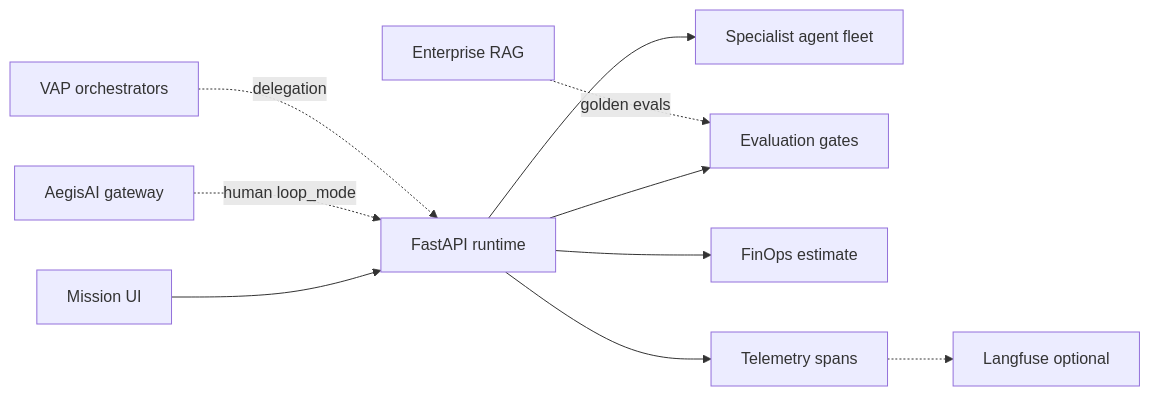
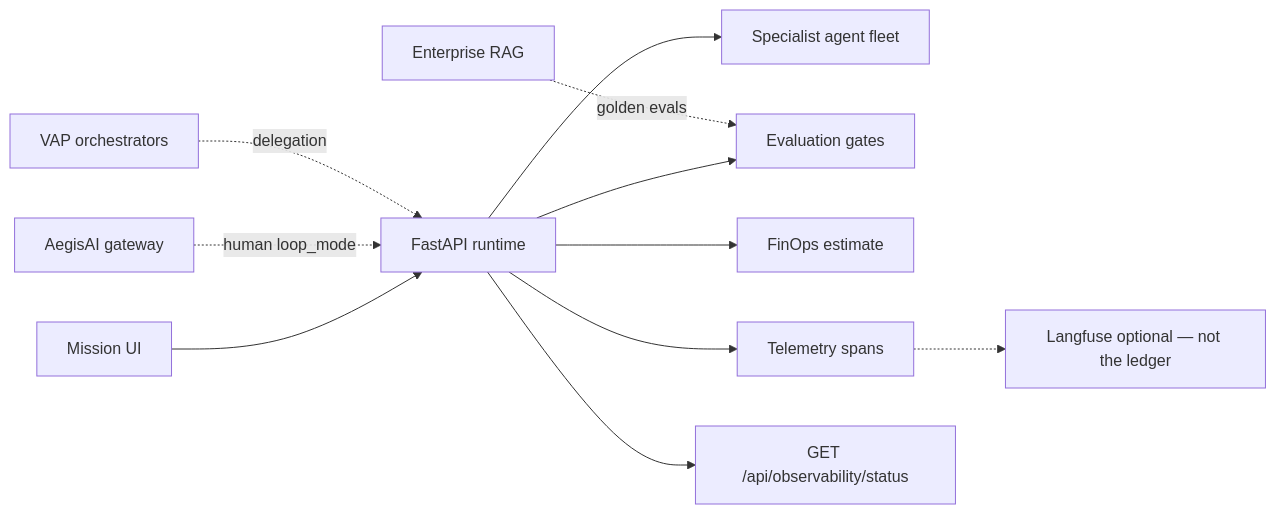
The diagram in docs/ARCHITECTURE.md (vpeetla-ai/aegisloop-agentops-workbench), drawn with Mermaid before and after one commit. The commit also changed other lines of this file, not shown here.

Commit message:
Document AegisLoop observability status in architecture
Mission artifacts first; Langfuse as adapter; status endpoint on the diagram.

````diff
--- a/docs/ARCHITECTURE.md
+++ b/docs/ARCHITECTURE.md
@@ -12,12 +12,13 @@
 ```mermaid
 flowchart LR
   User["Mission UI"] --> API["FastAPI runtime"]
   API --> Fleet["Specialist agent fleet"]
   API --> Eval["Evaluation gates"]
   API --> Fin["FinOps estimate"]
   API --> Tel["Telemetry spans"]
-  Tel -.-> LF["Langfuse optional"]
+  Tel -.-> LF["Langfuse optional — not the ledger"]
+  API --> ST["GET /api/observability/status"]
   GW["AegisAI gateway"] -.->|"human loop_mode"| API
   VAP["VAP orchestrators"] -.->|"delegation"| API
   RAG["Enterprise RAG"] -.->|"golden evals"| Eval
 ```
````
